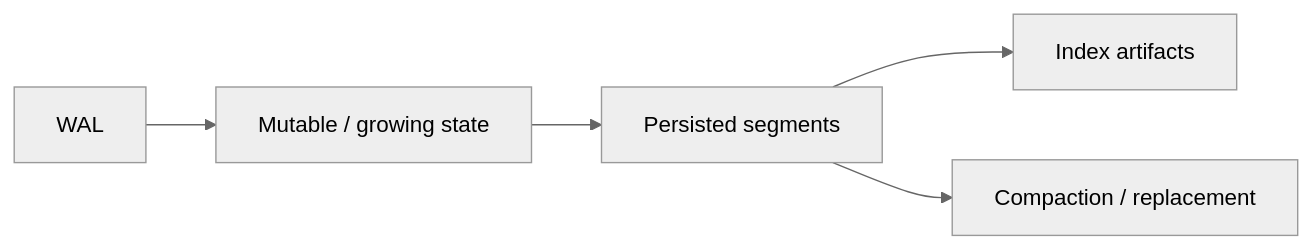
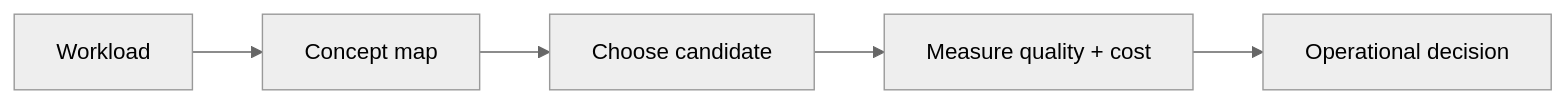
Before and after one commit to Pavan048/My-Field-Notes: the diagram in 01-ai-engineering/vector-databases/04-storage-engine-internals/README.md, drawn with Mermaid (neutral theme). The commit also changed other lines of this file and 91 other files, not shown here.

````diff
--- a/01-ai-engineering/vector-databases/04-storage-engine-internals/README.md
+++ b/01-ai-engineering/vector-databases/04-storage-engine-internals/README.md
@@ -5,7 +5,7 @@
 ```mermaid
 flowchart LR
-  W[WAL] --> G[Mutable / growing state]
-  G --> S[Persisted segments]
-  S --> I[Index artifacts]
-  S --> C[Compaction / replacement]
+ A[Workload] --> B[Concept map]
+ B --> C[Choose candidate]
+ C --> D[Measure quality + cost]
+ D --> E[Operational decision]
 ```
````
